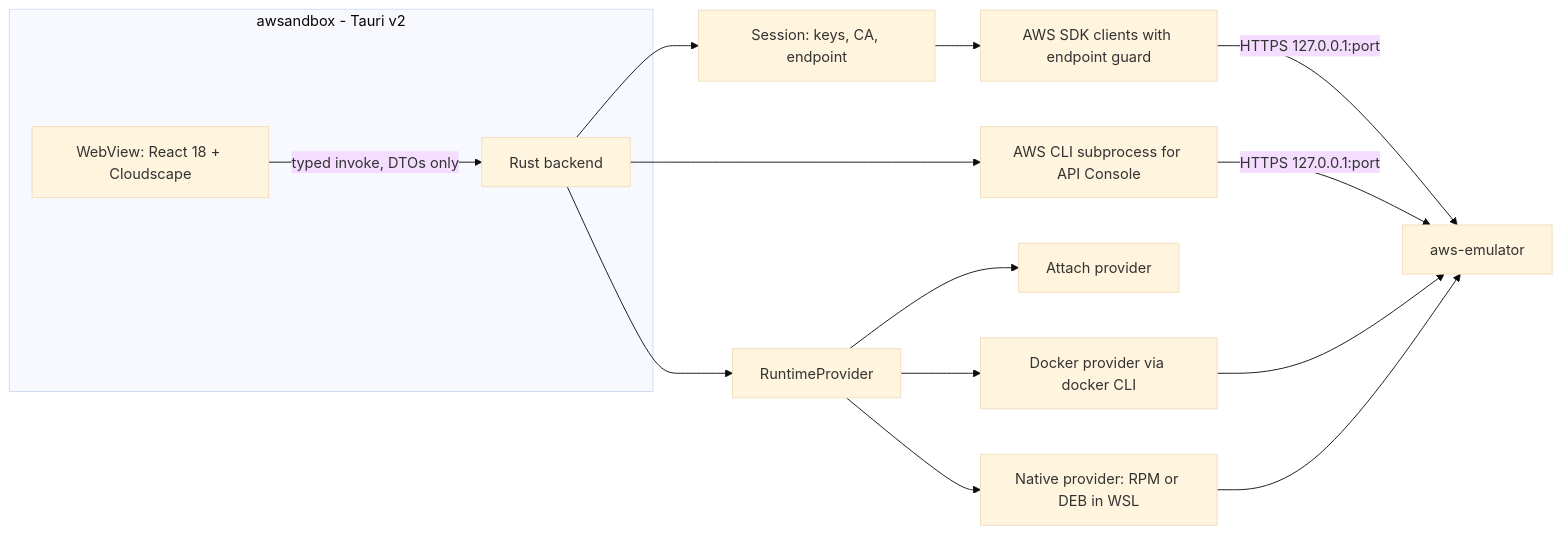
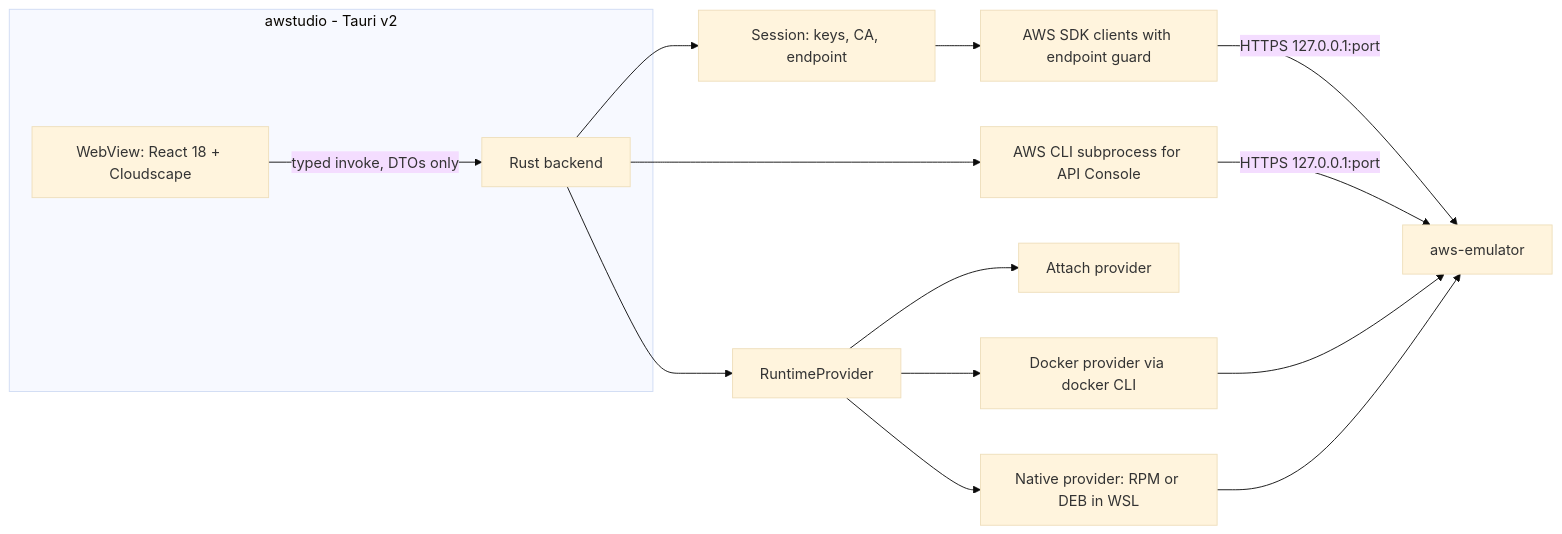
The diagram in docs/baseline/awstudio/awstudio.sourcecode.md (the-khiem7/awstudio), drawn with Mermaid (base theme) before and after one commit. The commit also changed other lines of this file and 21 other files, not shown here.

````diff
--- a/docs/baseline/awstudio/awstudio.sourcecode.md
+++ b/docs/baseline/awstudio/awstudio.sourcecode.md
@@ -64,19 +64,19 @@
 ```mermaid
 flowchart LR
-  subgraph App[awsandbox - Tauri v2]
+  subgraph App[awstudio - Tauri v2]
     UI[WebView: React 18 + Cloudscape]
     BE[Rust backend]
   end
   UI -- typed invoke, DTOs only --> BE
   BE --> RP[RuntimeProvider]
   RP --> DK[Docker provider via docker CLI]
   RP --> NT[Native provider: RPM or DEB in WSL]
   RP --> AT[Attach provider]
   BE --> SS[Session: keys, CA, endpoint]
   SS --> SDK[AWS SDK clients with endpoint guard]
   BE --> CLI[AWS CLI subprocess for API Console]
   SDK -- HTTPS 127.0.0.1:port --> EM[aws-emulator]
   CLI -- HTTPS 127.0.0.1:port --> EM
   DK --> EM
   NT --> EM
 ```
````
